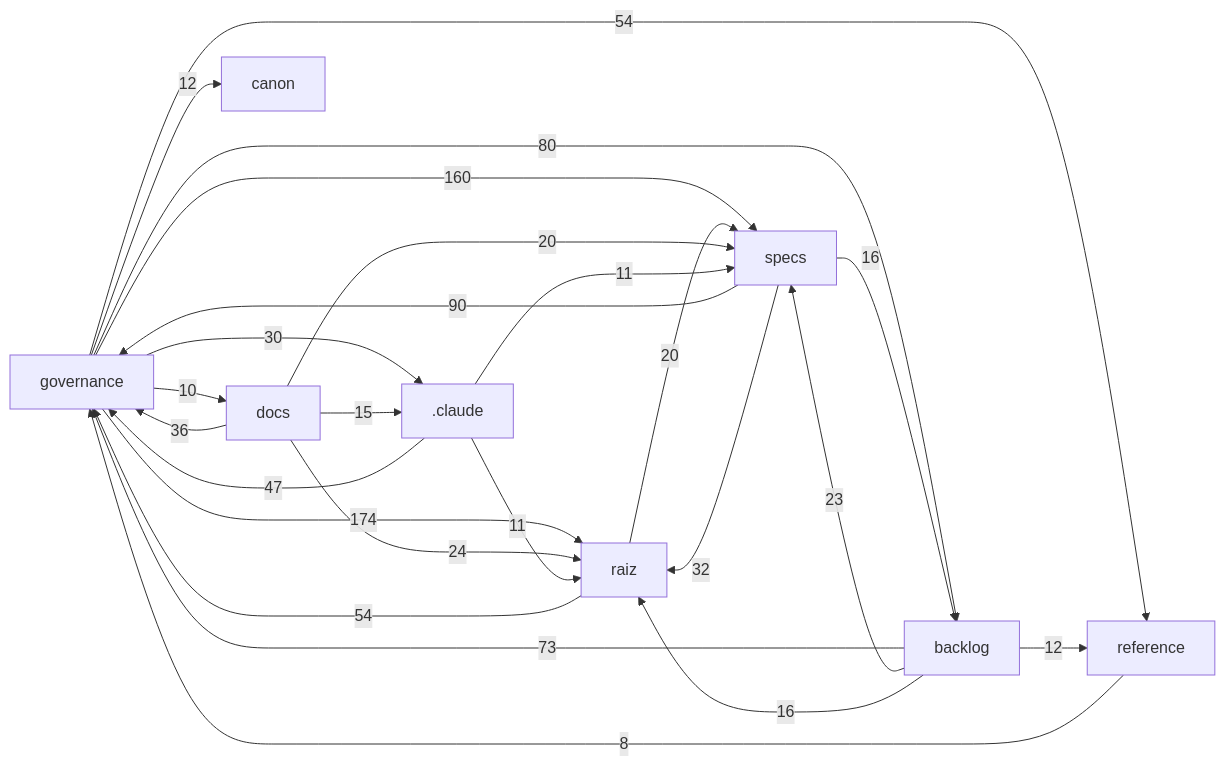
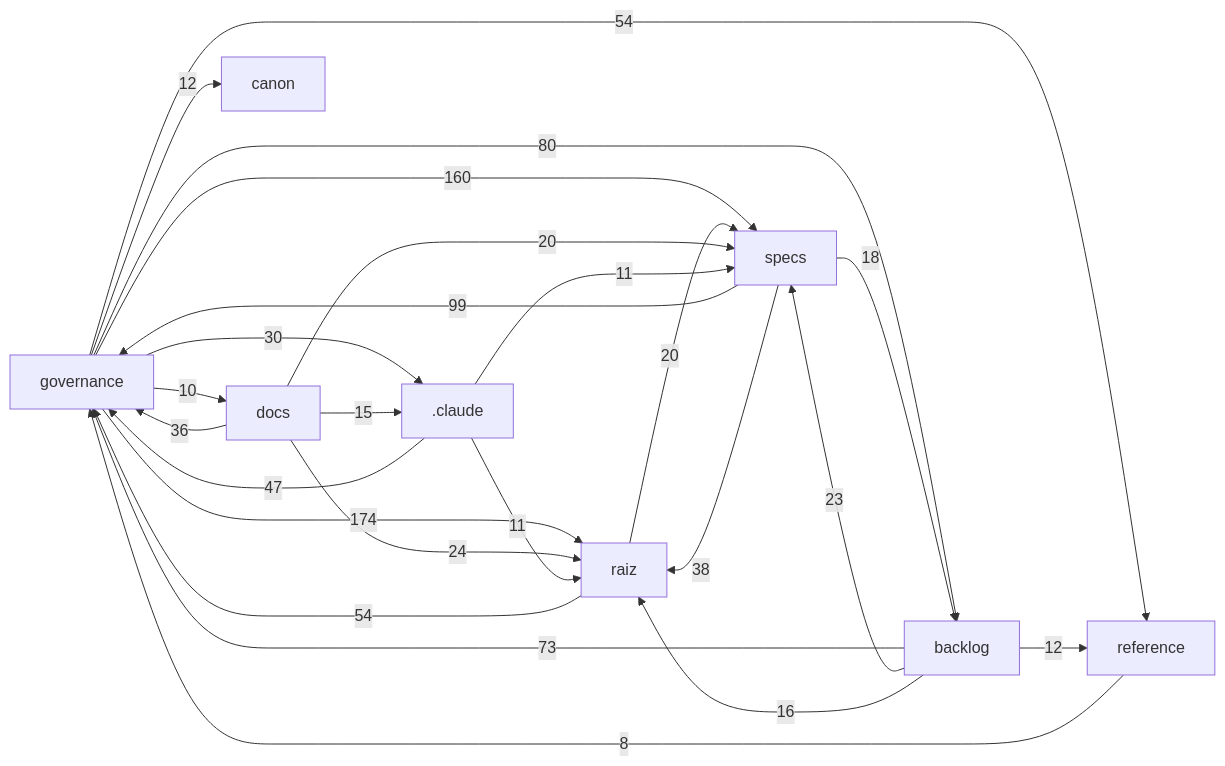
One commit to Andraus35/Sistema-Operacional-de-Trading--SOT changed the diagram in docs/mapa/MAPA-PROJETO.md. Above: the diagram before and after it, drawn with Mermaid. The commit also changed other lines of this file and 11 other files, not shown here.

````diff
--- a/docs/mapa/MAPA-PROJETO.md
+++ b/docs/mapa/MAPA-PROJETO.md
@@ -29,27 +29,27 @@
 ```mermaid
 flowchart LR
   governance["governance"] -->|174| raiz["raiz"]
   governance["governance"] -->|160| specs["specs"]
-  specs["specs"] -->|90| governance["governance"]
+  specs["specs"] -->|99| governance["governance"]
   governance["governance"] -->|80| backlog["backlog"]
   backlog["backlog"] -->|73| governance["governance"]
   raiz["raiz"] -->|54| governance["governance"]
   governance["governance"] -->|54| reference["reference"]
   _claude[".claude"] -->|47| governance["governance"]
+  specs["specs"] -->|38| raiz["raiz"]
   docs["docs"] -->|36| governance["governance"]
-  specs["specs"] -->|32| raiz["raiz"]
   governance["governance"] -->|30| _claude[".claude"]
   docs["docs"] -->|24| raiz["raiz"]
   backlog["backlog"] -->|23| specs["specs"]
   raiz["raiz"] -->|20| specs["specs"]
   docs["docs"] -->|20| specs["specs"]
+  specs["specs"] -->|18| backlog["backlog"]
   backlog["backlog"] -->|16| raiz["raiz"]
-  specs["specs"] -->|16| backlog["backlog"]
   docs["docs"] -->|15| _claude[".claude"]
   backlog["backlog"] -->|12| reference["reference"]
   governance["governance"] -->|12| canon["canon"]
   _claude[".claude"] -->|11| raiz["raiz"]
   _claude[".claude"] -->|11| specs["specs"]
   governance["governance"] -->|10| docs["docs"]
   reference["reference"] -->|8| governance["governance"]
 ```
````
